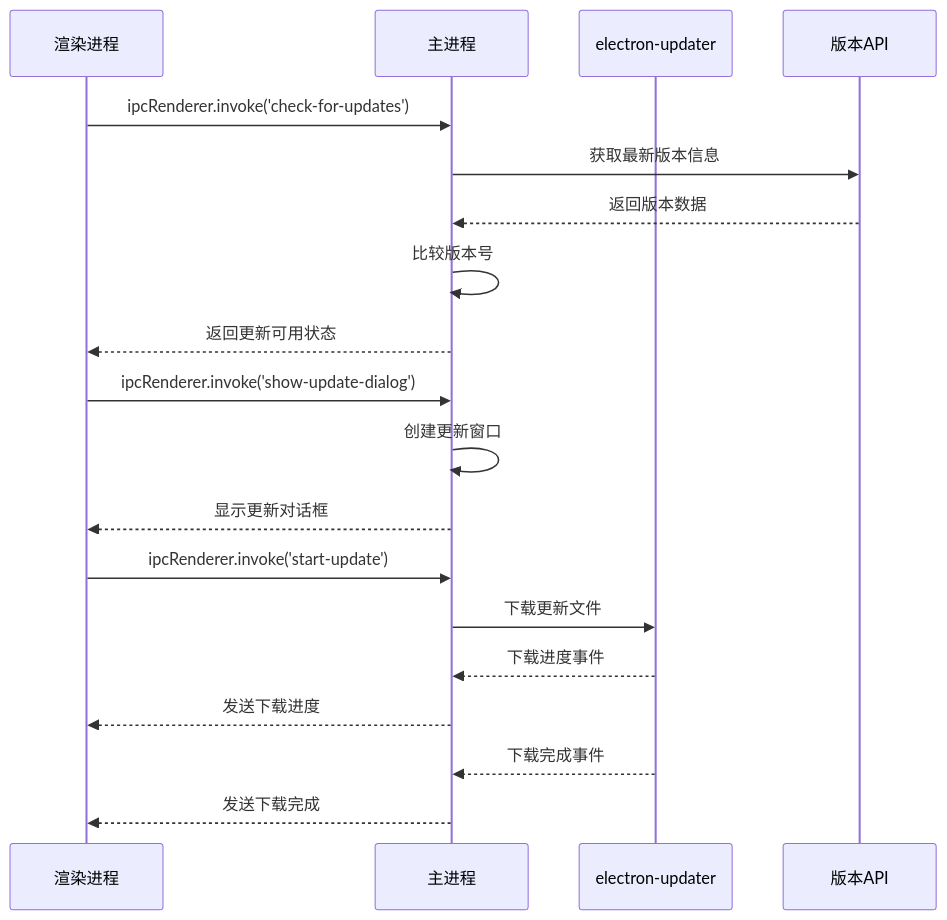
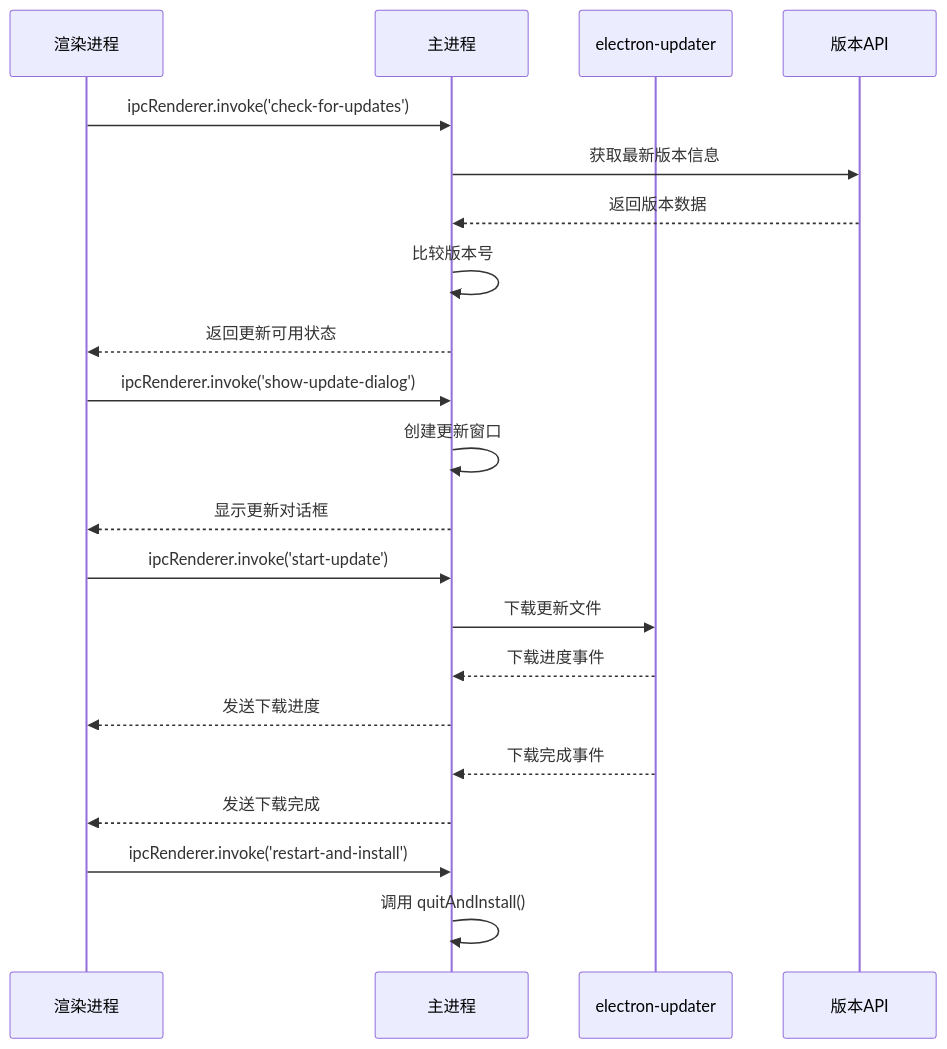
One commit to tutusiji/WoaApp changed the fifth of 8 diagrams in .qoder/repowiki/zh/content/API参考/IPC通信接口.md. Above: the diagram before and after it, drawn with Mermaid. The commit also changed other lines of this file and 4 other files, not shown here.

````diff
--- a/.qoder/repowiki/zh/content/API参考/IPC通信接口.md
+++ b/.qoder/repowiki/zh/content/API参考/IPC通信接口.md
@@ -303,21 +314,23 @@
 ```mermaid
 sequenceDiagram
 participant Renderer as 渲染进程
 participant Main as 主进程
 participant Updater as electron-updater
 participant API as 版本API
 Renderer->>Main : ipcRenderer.invoke('check-for-updates')
 Main->>API : 获取最新版本信息
 API-->>Main : 返回版本数据
 Main->>Main : 比较版本号
 Main-->>Renderer : 返回更新可用状态
 Renderer->>Main : ipcRenderer.invoke('show-update-dialog')
 Main->>Main : 创建更新窗口
 Main-->>Renderer : 显示更新对话框
 Renderer->>Main : ipcRenderer.invoke('start-update')
 Main->>Updater : 下载更新文件
 Updater-->>Main : 下载进度事件
 Main-->>Renderer : 发送下载进度
 Updater-->>Main : 下载完成事件
 Main-->>Renderer : 发送下载完成
+Renderer->>Main : ipcRenderer.invoke('restart-and-install')
+Main->>Main : 调用 quitAndInstall()
 ```
````
